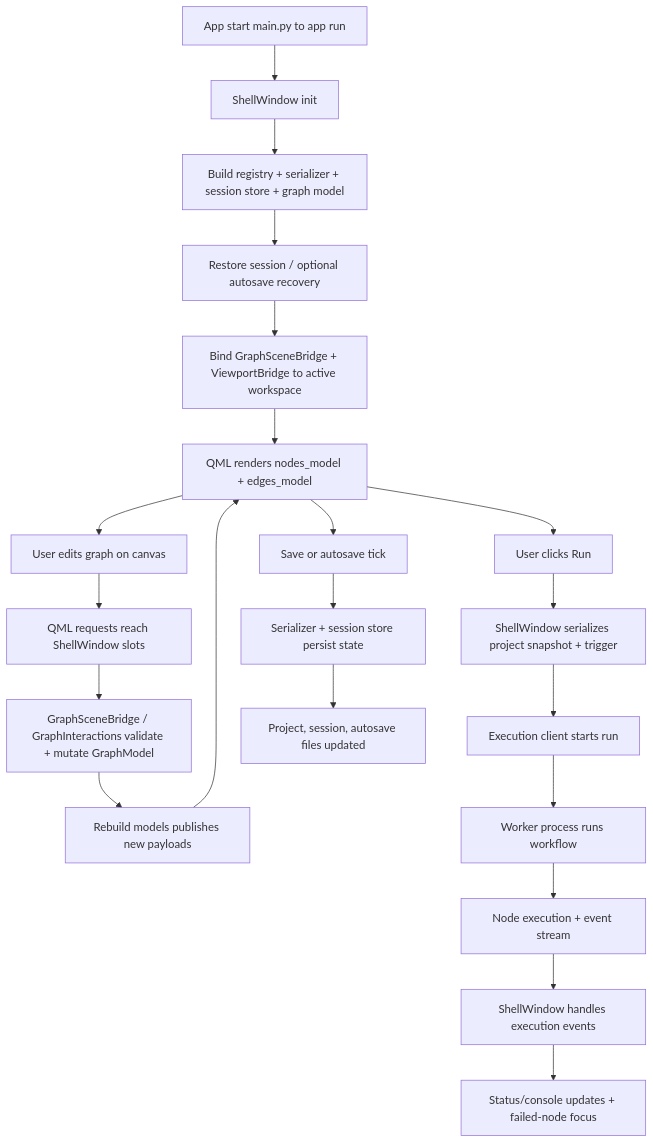
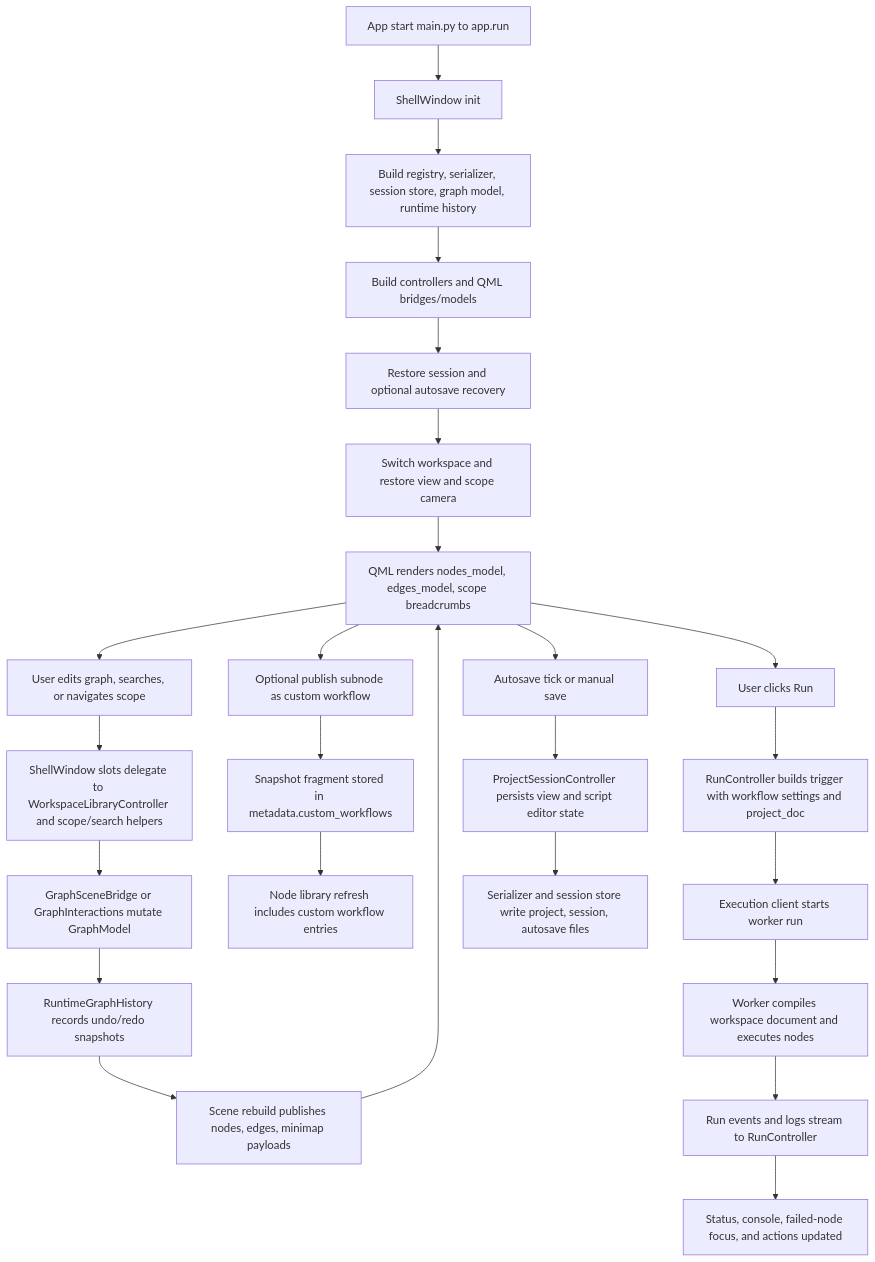
One commit to emreatay993/EA_Node changed the diagram in docs/architecture_diagrams/runtime_pipeline.mmd. Above: the diagram before and after it, drawn with Mermaid. The commit also changed 9 other files, not shown here.

Commit message:
docs: refresh architecture guide and generated diagrams

```diff
--- a/docs/architecture_diagrams/runtime_pipeline.mmd
+++ b/docs/architecture_diagrams/runtime_pipeline.mmd
@@ -1,24 +1,29 @@
 flowchart TD
-    A[App start main.py to app run] --> B[ShellWindow init]
-    B --> C[Build registry + serializer + session store + graph model]
-    C --> D[Restore session / optional autosave recovery]
-    D --> E[Bind GraphSceneBridge + ViewportBridge to active workspace]
-    E --> F[QML renders nodes_model + edges_model]
+    A[App start main.py to app.run] --> B[ShellWindow init]
+    B --> C[Build registry, serializer, session store, graph model, runtime history]
+    C --> D[Build controllers and QML bridges/models]
+    D --> E[Restore session and optional autosave recovery]
+    E --> F[Switch workspace and restore view and scope camera]
+    F --> G[QML renders nodes_model, edges_model, scope breadcrumbs]
 
-    F --> G[User edits graph on canvas]
-    G --> H[QML requests reach ShellWindow slots]
-    H --> I[GraphSceneBridge / GraphInteractions validate + mutate GraphModel]
-    I --> J[Rebuild models publishes new payloads]
-    J --> F
+    G --> H[User edits graph, searches, or navigates scope]
+    H --> I[ShellWindow slots delegate to WorkspaceLibraryController and scope/search helpers]
+    I --> J[GraphSceneBridge or GraphInteractions mutate GraphModel]
+    J --> K[RuntimeGraphHistory records undo/redo snapshots]
+    K --> L[Scene rebuild publishes nodes, edges, minimap payloads]
+    L --> G
 
-    F --> K[User clicks Run]
-    K --> L[ShellWindow serializes project snapshot + trigger]
-    L --> M[Execution client starts run]
-    M --> N[Worker process runs workflow]
-    N --> O[Node execution + event stream]
-    O --> P[ShellWindow handles execution events]
-    P --> Q[Status/console updates + failed-node focus]
+    G --> M[Optional publish subnode as custom workflow]
+    M --> N[Snapshot fragment stored in metadata.custom_workflows]
+    N --> O[Node library refresh includes custom workflow entries]
 
-    F --> R[Save or autosave tick]
-    R --> S[Serializer + session store persist state]
-    S --> T[Project, session, autosave files updated]
+    G --> P[User clicks Run]
+    P --> Q[RunController builds trigger with workflow settings and project_doc]
+    Q --> R[Execution client starts worker run]
+    R --> S[Worker compiles workspace document and executes nodes]
+    S --> T[Run events and logs stream to RunController]
+    T --> U[Status, console, failed-node focus, and actions updated]
+
+    G --> V[Autosave tick or manual save]
+    V --> W[ProjectSessionController persists view and script editor state]
+    W --> X[Serializer and session store write project, session, autosave files]
```
